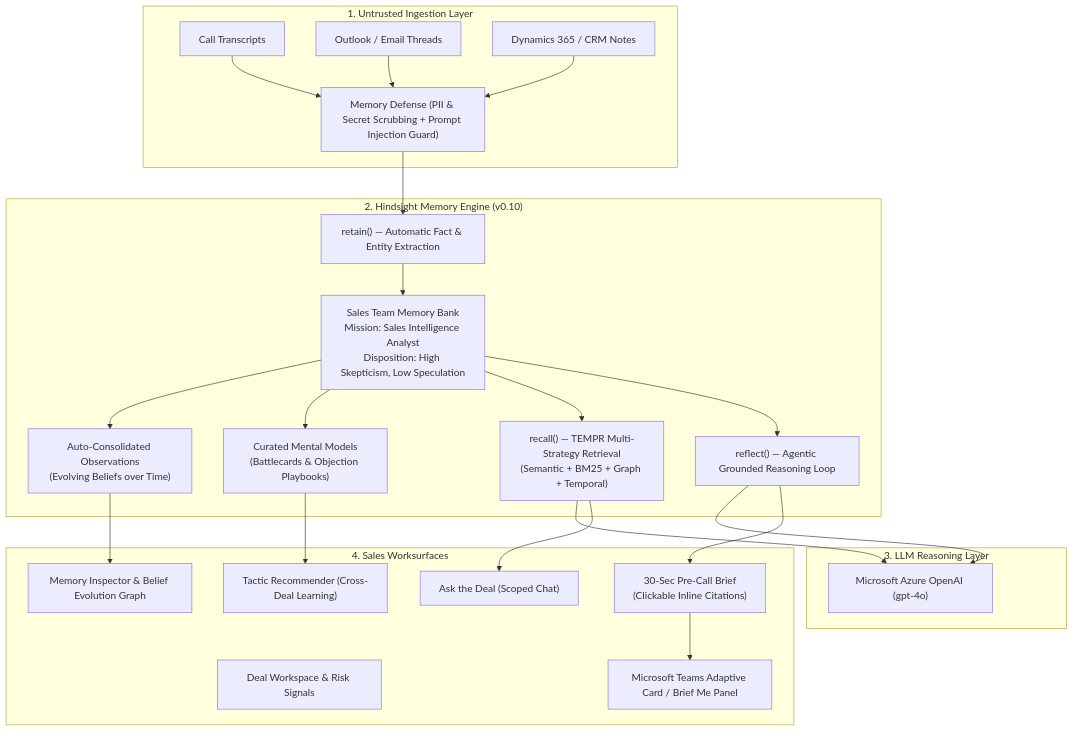
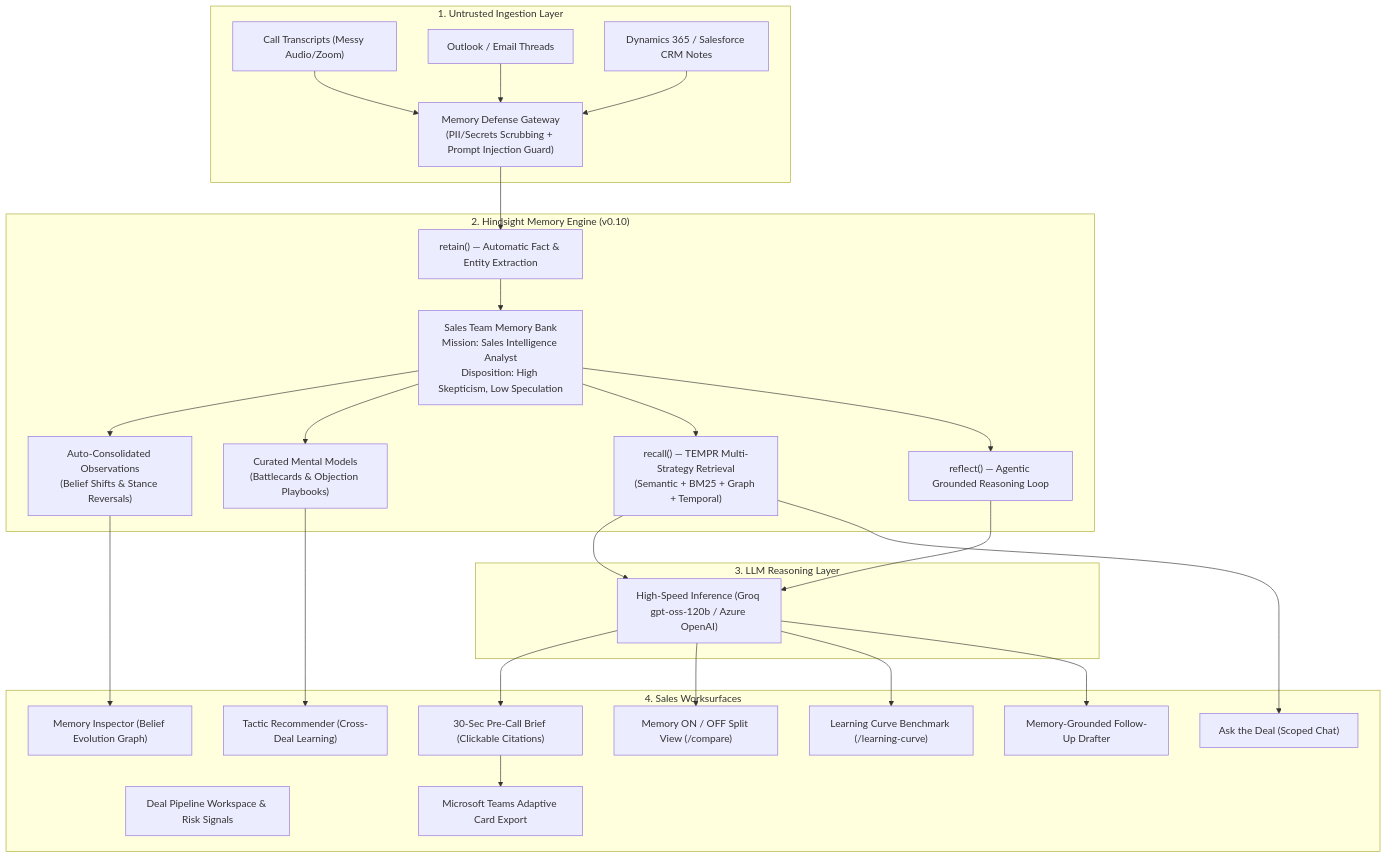
Before and after one commit to Tejashwini7619/edco: the diagram in README.md, drawn with Mermaid. The commit also changed other lines of this file and 14 other files, not shown here.

Commit message:
feat: complete Memory Split-View, Learning Curve, Follow-Up drafter, 17 enterprise deals and content submission drafts for Hack with Hyderabad 3.0

````diff
--- a/README.md
+++ b/README.md
@@ -24,48 +24,54 @@
 ```mermaid
 flowchart TD
     subgraph Ingestion["1. Untrusted Ingestion Layer"]
-        Transcripts["Call Transcripts"]
+        Transcripts["Call Transcripts (Messy Audio/Zoom)"]
         Emails["Outlook / Email Threads"]
-        CRM["Dynamics 365 / CRM Notes"]
-        Defense["Memory Defense (PII & Secret Scrubbing + Prompt Injection Guard)"]
+        CRM["Dynamics 365 / Salesforce CRM Notes"]
+        Defense["Memory Defense Gateway\n(PII/Secrets Scrubbing + Prompt Injection Guard)"]
     end
 
     subgraph Hindsight["2. Hindsight Memory Engine (v0.10)"]
         Bank["Sales Team Memory Bank\nMission: Sales Intelligence Analyst\nDisposition: High Skepticism, Low Speculation"]
         Retain["retain() — Automatic Fact & Entity Extraction"]
         Recall["recall() — TEMPR Multi-Strategy Retrieval\n(Semantic + BM25 + Graph + Temporal)"]
         Reflect["reflect() — Agentic Grounded Reasoning Loop"]
-        Obs["Auto-Consolidated Observations\n(Evolving Beliefs over Time)"]
+        Obs["Auto-Consolidated Observations\n(Belief Shifts & Stance Reversals)"]
         MM["Curated Mental Models\n(Battlecards & Objection Playbooks)"]
     end
 
     subgraph LLM["3. LLM Reasoning Layer"]
-        Azure["Microsoft Azure OpenAI (gpt-4o)"]
+        FastLLM["High-Speed Inference (Groq gpt-oss-120b / Azure OpenAI)"]
     end
 
     subgraph Surfaces["4. Sales Worksurfaces"]
-        Brief["30-Sec Pre-Call Brief\n(Clickable Inline Citations)"]
-        Workspace["Deal Workspace & Risk Signals"]
+        Split["Memory ON / OFF Split View (/compare)"]
+        Brief["30-Sec Pre-Call Brief (Clickable Citations)"]
+        Curve["Learning Curve Benchmark (/learning-curve)"]
+        Workspace["Deal Pipeline Workspace & Risk Signals"]
         Chat["Ask the Deal (Scoped Chat)"]
-        Inspector["Memory Inspector & Belief Evolution Graph"]
+        Inspector["Memory Inspector (Belief Evolution Graph)"]
         Tactics["Tactic Recommender (Cross-Deal Learning)"]
-        Teams["Microsoft Teams Adaptive Card / Brief Me Panel"]
+        FollowUp["Memory-Grounded Follow-Up Drafter"]
+        Teams["Microsoft Teams Adaptive Card Export"]
     end
 
     Transcripts --> Defense
     Emails --> Defense
     CRM --> Defense
     Defense --> Retain
     Retain --> Bank
     Bank --> Obs
     Bank --> MM
     Bank --> Recall
     Bank --> Reflect
-    Recall --> Azure
-    Reflect --> Azure
-    Reflect --> Brief
+    Recall --> FastLLM
+    Reflect --> FastLLM
+    FastLLM --> Brief
+    FastLLM --> Split
+    FastLLM --> Curve
+    FastLLM --> FollowUp
     Recall --> Chat
     Obs --> Inspector
     MM --> Tactics
     Brief --> Teams
 ```
````
